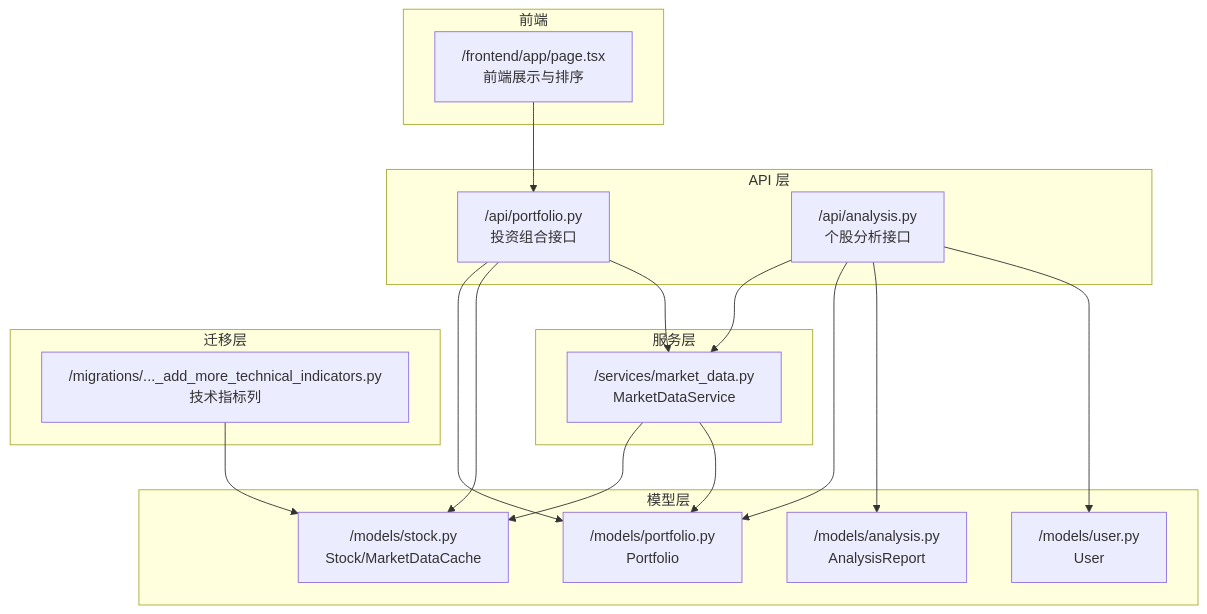
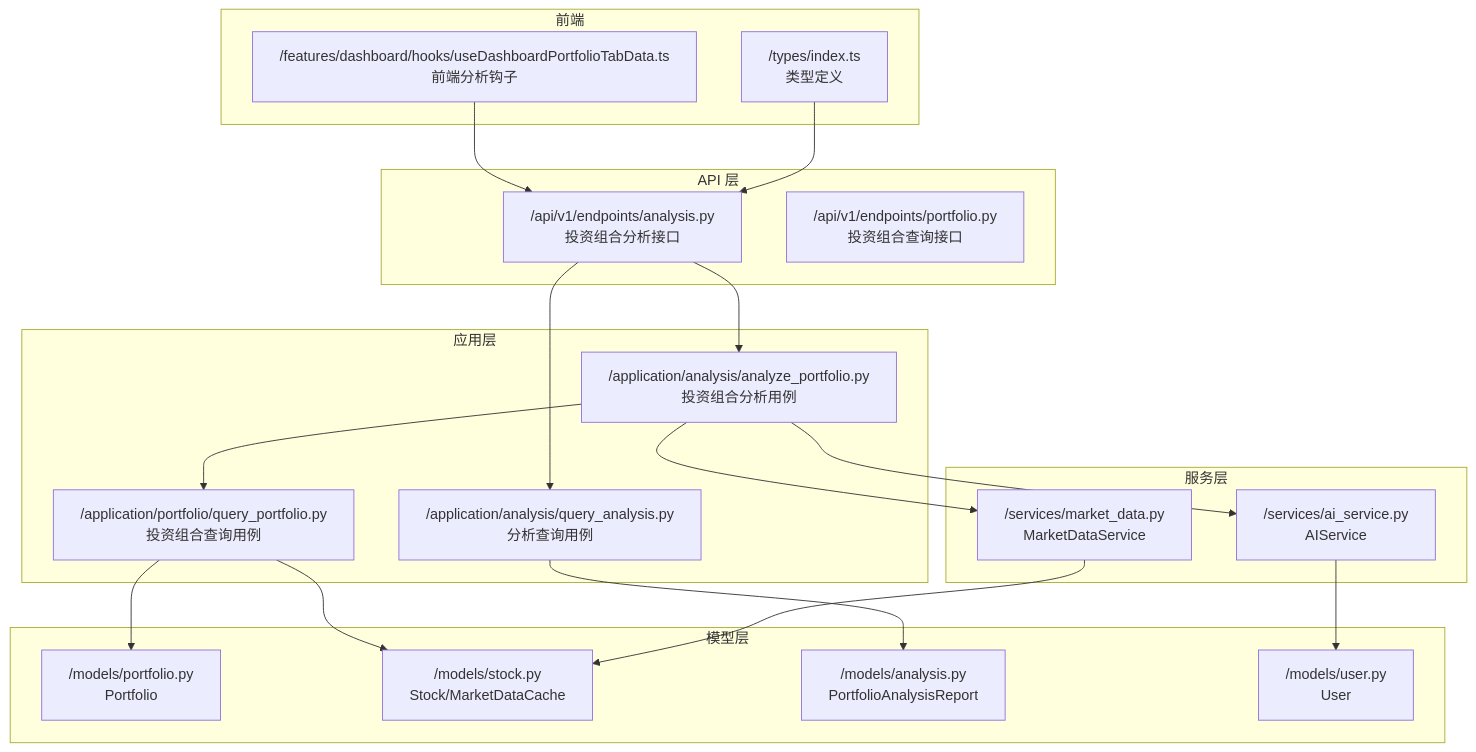
Before and after one commit to breeze-lyf/ai-stock-advisor: the first of 4 diagrams in .qoder/repowiki/zh/content/投资组合管理/投资组合分析.md, drawn with Mermaid. The commit also changed other lines of this file and 30 other files, not shown here.

Commit message:
feat: Migrate AI model preference from Gemini to DeepSeek-v3, increase AI service timeout, and add stock snapshot API.

````diff
--- a/.qoder/repowiki/zh/content/投资组合管理/投资组合分析.md
+++ b/.qoder/repowiki/zh/content/投资组合管理/投资组合分析.md
@@ -47,33 +50,38 @@
 ```mermaid
 graph TB
 subgraph "API 层"
-A1["/api/portfolio.py<br/>投资组合接口"]
-A2["/api/analysis.py<br/>个股分析接口"]
+A1["/api/v1/endpoints/analysis.py<br/>投资组合分析接口"]
+A2["/api/v1/endpoints/portfolio.py<br/>投资组合查询接口"]
+end
+subgraph "应用层"
+U1["/application/analysis/analyze_portfolio.py<br/>投资组合分析用例"]
+U2["/application/analysis/query_analysis.py<br/>分析查询用例"]
+U3["/application/portfolio/query_portfolio.py<br/>投资组合查询用例"]
 end
 subgraph "模型层"
 M1["/models/portfolio.py<br/>Portfolio"]
 M2["/models/stock.py<br/>Stock/MarketDataCache"]
-M3["/models/analysis.py<br/>AnalysisReport"]
+M3["/models/analysis.py<br/>PortfolioAnalysisReport"]
 M4["/models/user.py<br/>User"]
 end
 subgraph "服务层"
 S1["/services/market_data.py<br/>MarketDataService"]
-end
-subgraph "迁移层"
-R1["/migrations/..._add_more_technical_indicators.py<br/>技术指标列"]
+S2["/services/ai_service.py<br/>AIService"]
 end
 subgraph "前端"
-F1["/frontend/app/page.tsx<br/>前端展示与排序"]
+F1["/features/dashboard/hooks/useDashboardPortfolioTabData.ts<br/>前端分析钩子"]
+F2["/types/index.ts<br/>类型定义"]
 end
-A1 --> M1
-A1 --> M2
-A1 --> S1
-A2 --> S1
-A2 --> M1
-A2 --> M3
-A2 --> M4
+A1 --> U1
+A1 --> U2
+U1 --> U3
+U1 --> S1
+U1 --> S2
+U3 --> M1
+U3 --> M2
+U2 --> M3
 S1 --> M2
-S1 --> M1
-R1 --> M2
+S2 --> M4
 F1 --> A1
+F2 --> A1
 ```
````
